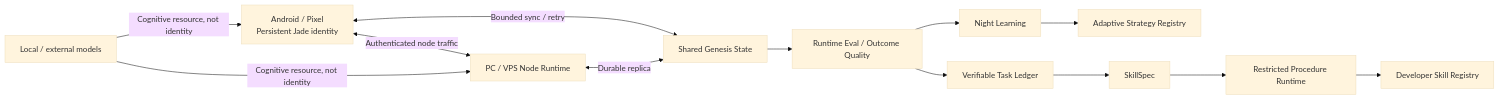
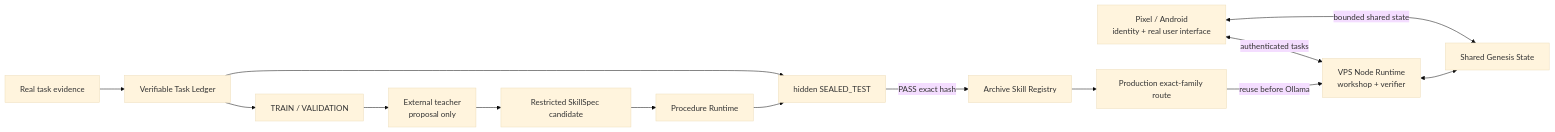
One commit to vadorus/Jade-genesis changed the diagram in README.md. Above: the diagram before and after it, drawn with Mermaid (base theme). The commit also changed other lines of this file, not shown here.

Commit message:
docs(0.1.21): update GitHub presentation for causal Skill acquisition

````diff
--- a/README.md
+++ b/README.md
@@ -64,15 +165,16 @@
 ```mermaid
 flowchart LR
-    A[Android / Pixel\nPersistent Jade identity] <-->|Authenticated node traffic| N[PC / VPS Node Runtime]
-    A <-->|Bounded sync / retry| S[Shared Genesis State]
-    N <-->|Durable replica| S
-    S --> E[Runtime Eval / Outcome Quality]
-    E --> L[Night Learning]
-    L --> R[Adaptive Strategy Registry]
-    E --> V[Verifiable Task Ledger]
-    V --> K[SkillSpec]
-    K --> P[Restricted Procedure Runtime]
-    P --> G[Developer Skill Registry]
-    M[Local / external models] -->|Cognitive resource, not identity| A
-    M -->|Cognitive resource, not identity| N
+    P[Pixel / Android\nidentity + real user interface] <-->|authenticated tasks| V[VPS Node Runtime\nworkshop + verifier]
+    P <-->|bounded shared state| S[Shared Genesis State]
+    V <--> S
+    E[Real task evidence] --> L[Verifiable Task Ledger]
+    L --> T[TRAIN / VALIDATION]
+    L --> H[hidden SEALED_TEST]
+    T --> M[External teacher\nproposal only]
+    M --> K[Restricted SkillSpec candidate]
+    K --> R[Procedure Runtime]
+    R --> H
+    H -->|PASS exact hash| A[Archive Skill Registry]
+    A --> Q[Production exact-family route]
+    Q -->|reuse before Ollama| V
 ```
````
